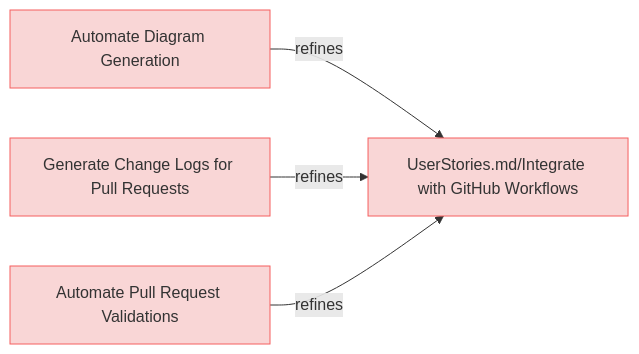
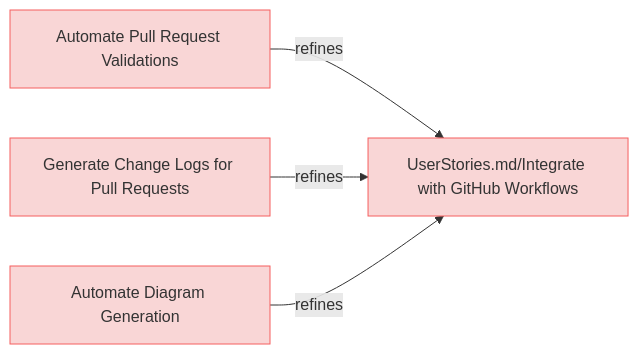
One commit to reqvire-org/reqvire changed the fourth of 8 diagrams in specifications/UserRequirements.md. Above: the diagram before and after it, drawn with Mermaid. The commit also changed other lines of this file and 44 other files, not shown here.

Commit message:
Diagrams bug fixes. Test improvements.

````diff
--- a/specifications/UserRequirements.md
+++ b/specifications/UserRequirements.md
@@ -269,24 +269,24 @@
 ```mermaid
 graph LR;
   %% Graph styling
   classDef requirement fill:#f9d6d6,stroke:#f55f5f,stroke-width:1px;
   classDef verification fill:#d6f9d6,stroke:#5fd75f,stroke-width:1px;
   classDef externalLink fill:#d0e0ff,stroke:#3080ff,stroke-width:1px;
   classDef default fill:#f5f5f5,stroke:#333333,stroke-width:1px;
 
-  98a581084d5542fa["Automate Diagram Generation"];
-  click 98a581084d5542fa "specifications/UserRequirements.md#automate-diagram-generation#automate-diagram-generation";
-  class 98a581084d5542fa requirement;
+  15f2f511b2399406["Automate Pull Request Validations"];
+  class 15f2f511b2399406 requirement;
+  click 15f2f511b2399406 "UserRequirements.md#automate-pull-request-validations";
   98eaeddc27f99e11["UserStories.md/Integrate with GitHub Workflows"];
   class 98eaeddc27f99e11 requirement;
-  click 98eaeddc27f99e11 "specifications/UserStories.md#integrate-with-github-workflows#integrate-with-github-workflows";
+  click 98eaeddc27f99e11 "UserStories.md#integrate-with-github-workflows";
+  15f2f511b2399406 -->|refines| 98eaeddc27f99e11;
+  672b444a568468b8["Generate Change Logs for Pull Requests"];
+  class 672b444a568468b8 requirement;
+  click 672b444a568468b8 "UserRequirements.md#generate-change-logs-for-pull-requests";
+  672b444a568468b8 -->|refines| 98eaeddc27f99e11;
+  98a581084d5542fa["Automate Diagram Generation"];
+  class 98a581084d5542fa requirement;
+  click 98a581084d5542fa "UserRequirements.md#automate-diagram-generation";
   98a581084d5542fa -->|refines| 98eaeddc27f99e11;
-  672b444a568468b8["Generate Change Logs for Pull Requests"];
-  click 672b444a568468b8 "specifications/UserRequirements.md#generate-change-logs-for-pull-requests#generate-change-logs-for-pull-requests";
-  class 672b444a568468b8 requirement;
-  672b444a568468b8 -->|refines| 98eaeddc27f99e11;
-  15f2f511b2399406["Automate Pull Request Validations"];
-  click 15f2f511b2399406 "specifications/UserRequirements.md#automate-pull-request-validations#automate-pull-request-validations";
-  class 15f2f511b2399406 requirement;
-  15f2f511b2399406 -->|refines| 98eaeddc27f99e11;
 ```
````
